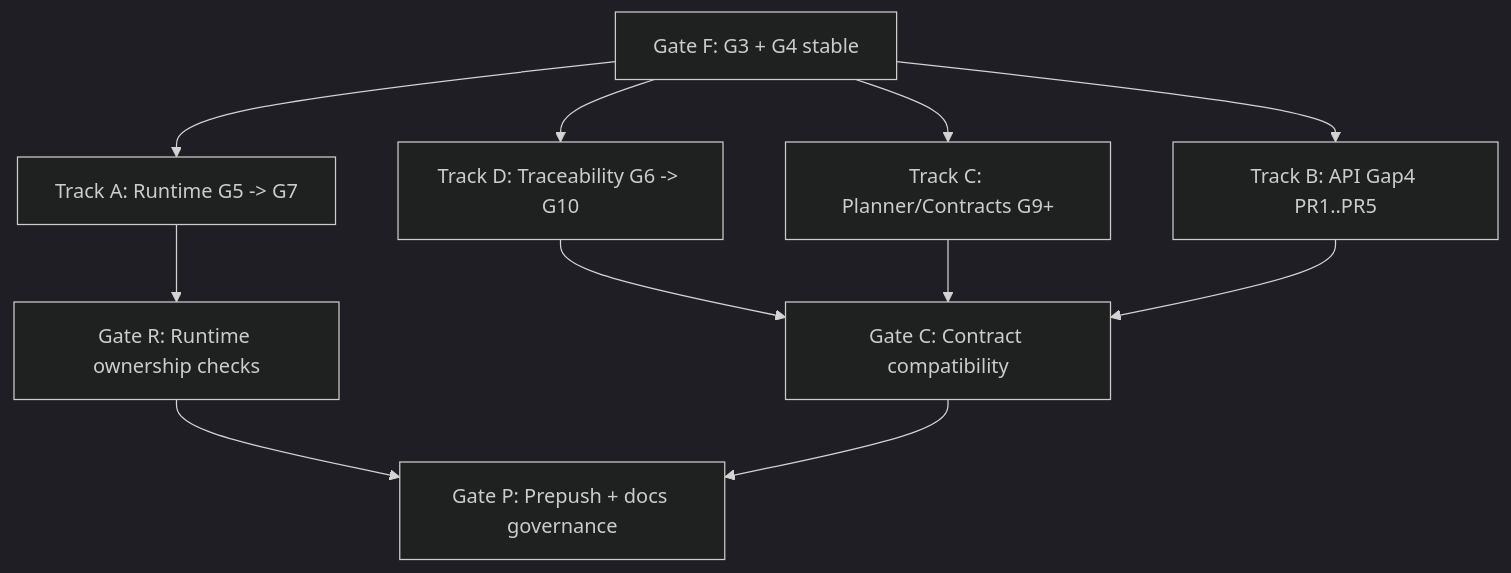
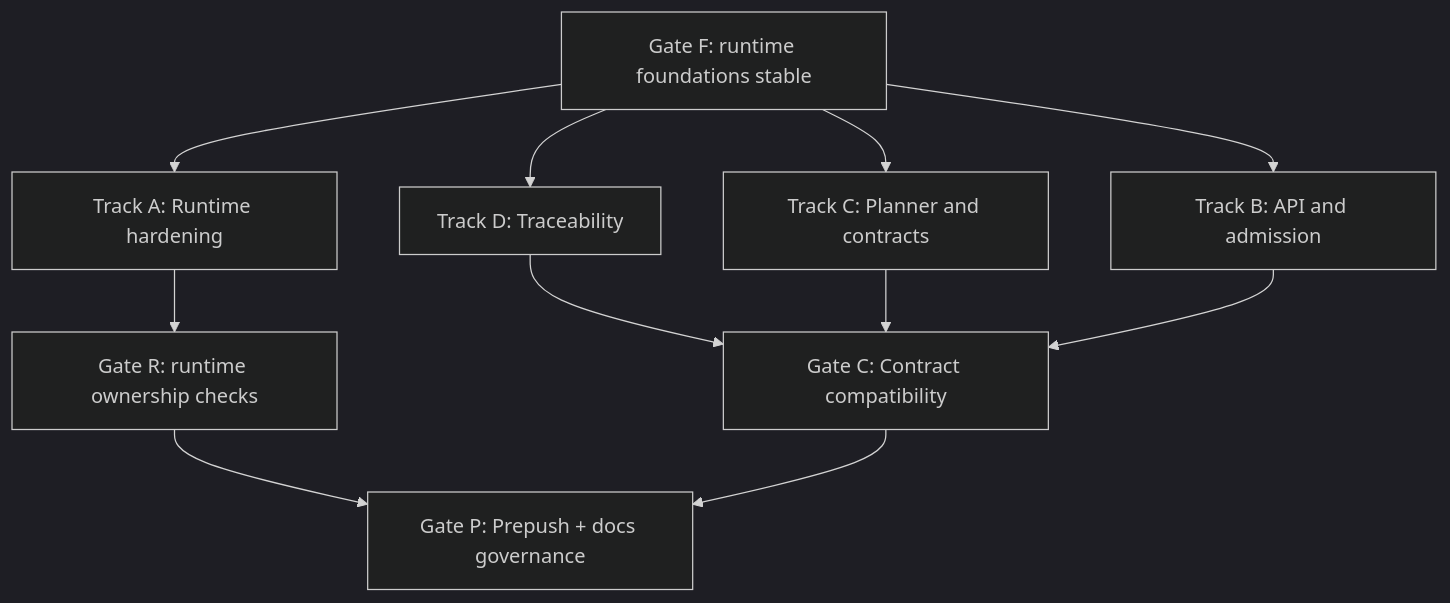
Before and after one commit to dunay2/dvt: the diagram in docs/planning/roadmap/diagrams/gap-execution-parallel-lanes.md, drawn with Mermaid (dark theme). The commit also changed other lines of this file and 63 other files, not shown here.

Commit message:
docs(docs): Reconcile architecture docs and frontend convergence planning

````diff
--- a/docs/planning/roadmap/diagrams/gap-execution-parallel-lanes.md
+++ b/docs/planning/roadmap/diagrams/gap-execution-parallel-lanes.md
@@ -13,19 +13,19 @@
 ```mermaid
 flowchart TB
-  F[Gate F: G3 + G4 stable]
-  R[Gate R: Runtime ownership checks]
+  F[Gate F: runtime foundations stable]
+  R[Gate R: runtime ownership checks]
   C[Gate C: Contract compatibility]
   P[Gate P: Prepush + docs governance]
 
-  F --> A[Track A: Runtime G5 -> G7]
-  F --> B[Track B: API Gap4 PR1..PR5]
-  F --> D[Track D: Traceability G6 -> G10]
-  F --> E[Track C: Planner/Contracts G9+]
+  F --> A[Track A: Runtime hardening]
+  F --> B[Track B: API and admission]
+  F --> D[Track D: Traceability]
+  F --> E[Track C: Planner and contracts]
 
   A --> R
   D --> C
   E --> C
   B --> C
   R --> P
   C --> P
 ```
````
